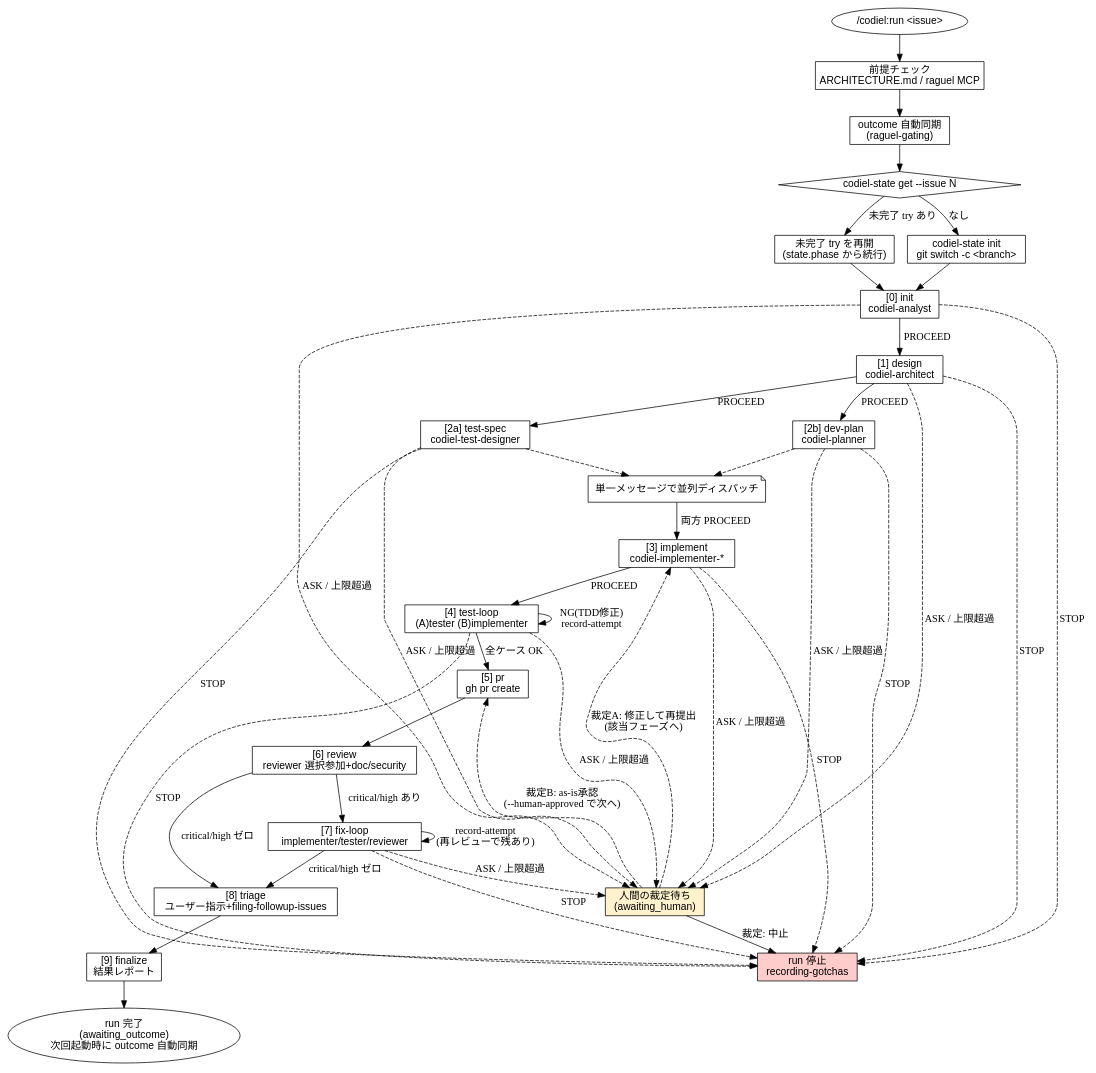
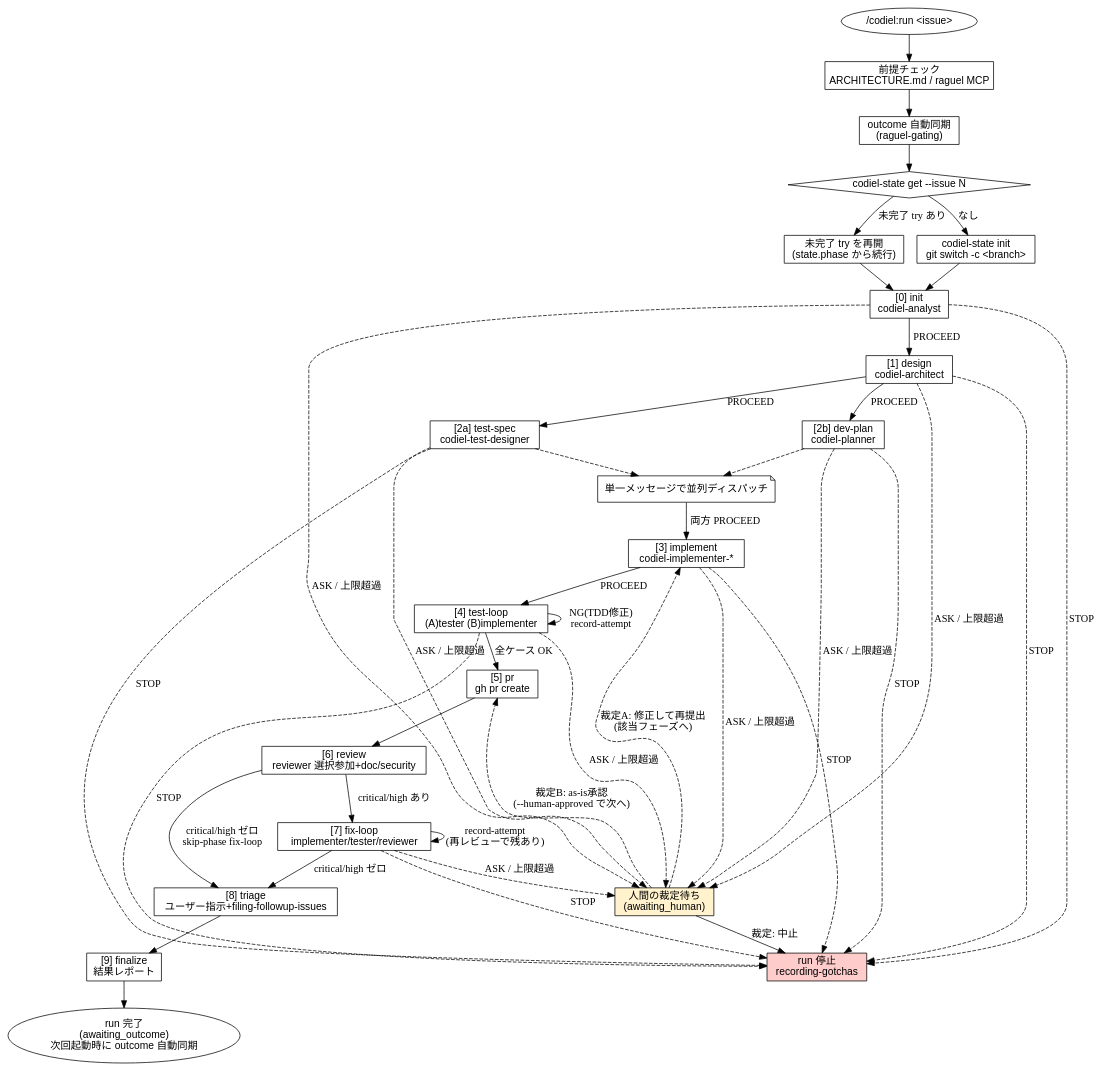
Before and after one commit to Amatsuka-kobo/amatsuka-claude-plugins: the diagram in plugins/codiel/skills/orchestrating-runs/SKILL.md, drawn with Graphviz. The commit also changed other lines of this file and 2 other files, not shown here.

First line of the commit message:
fix(codiel): fix-loopスキップ経路(skip-phase)と成果物コミット規約・ブランチ基点手順を追加

````diff
--- a/plugins/codiel/skills/orchestrating-runs/SKILL.md
+++ b/plugins/codiel/skills/orchestrating-runs/SKILL.md
@@ -186,59 +240,59 @@
 ```dot
 digraph codiel_run {
   rankdir=TB;
   node [fontname="sans-serif"];
 
   start [label="/codiel:run <issue>", shape=ellipse];
   precheck [label="前提チェック\nARCHITECTURE.md / raguel MCP", shape=box];
   sync [label="outcome 自動同期\n(raguel-gating)", shape=box];
   resolve [label="codiel-state get --issue N", shape=diamond];
   resume [label="未完了 try を再開\n(state.phase から続行)", shape=box];
   init_run [label="codiel-state init\ngit switch -c <branch>", shape=box];
 
   init [label="[0] init\ncodiel-analyst", shape=box];
   design [label="[1] design\ncodiel-architect", shape=box];
   testspec [label="[2a] test-spec\ncodiel-test-designer", shape=box];
   devplan [label="[2b] dev-plan\ncodiel-planner", shape=box];
   parallel [label="単一メッセージで並列ディスパッチ", shape=note];
   implement [label="[3] implement\ncodiel-implementer-*", shape=box];
   testloop [label="[4] test-loop\n(A)tester (B)implementer", shape=box];
   pr [label="[5] pr\ngh pr create", shape=box];
   review [label="[6] review\nreviewer 選択参加+doc/security", shape=box];
   fixloop [label="[7] fix-loop\nimplementer/tester/reviewer", shape=box];
   triage [label="[8] triage\nユーザー指示+filing-followup-issues", shape=box];
   finalize [label="[9] finalize\n結果レポート", shape=box];
 
   human [label="人間の裁定待ち\n(awaiting_human)", shape=box, style=filled, fillcolor="#fff2cc"];
   stopped [label="run 停止\nrecording-gotchas", shape=box, style=filled, fillcolor="#ffcccc"];
   outcome [label="run 完了\n(awaiting_outcome)\n次回起動時に outcome 自動同期", shape=ellipse];
 
   start -> precheck -> sync -> resolve;
   resolve -> resume [label="未完了 try あり"];
   resolve -> init_run [label="なし"];
   resume -> init;
   init_run -> init;
 
   init -> design [label="PROCEED"];
   design -> testspec [label="PROCEED"];
   design -> devplan [label="PROCEED"];
   testspec -> parallel [style=dashed];
   devplan -> parallel [style=dashed];
   parallel -> implement [label="両方 PROCEED"];
   implement -> testloop [label="PROCEED"];
   testloop -> testloop [label="NG(TDD修正)\nrecord-attempt"];
   testloop -> pr [label="全ケース OK"];
   pr -> review;
   review -> fixloop [label="critical/high あり"];
-  review -> triage [label="critical/high ゼロ"];
+  review -> triage [label="critical/high ゼロ\nskip-phase fix-loop"];
   fixloop -> fixloop [label="record-attempt\n(再レビューで残あり)"];
   fixloop -> triage [label="critical/high ゼロ"];
   triage -> finalize;
   finalize -> outcome;
 
   { init design testspec devplan implement testloop fixloop } -> human [label="ASK / 上限超過", style=dashed];
   { init design testspec devplan implement testloop fixloop } -> stopped [label="STOP", style=dashed];
   human -> stopped [label="裁定: 中止"];
   human -> implement [label="裁定A: 修正して再提出\n(該当フェーズへ)", style=dashed];
   human -> pr [label="裁定B: as-is承認\n(--human-approved で次へ)", style=dashed];
 }
 ```
````
